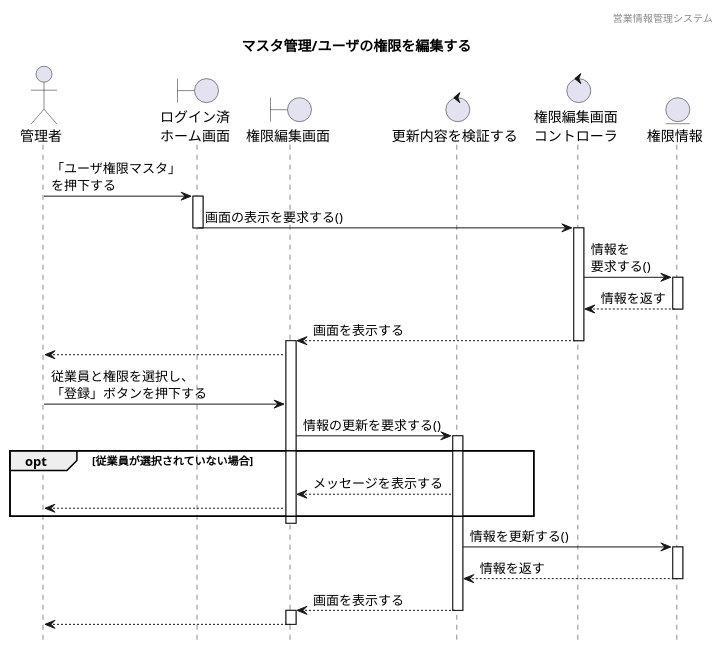
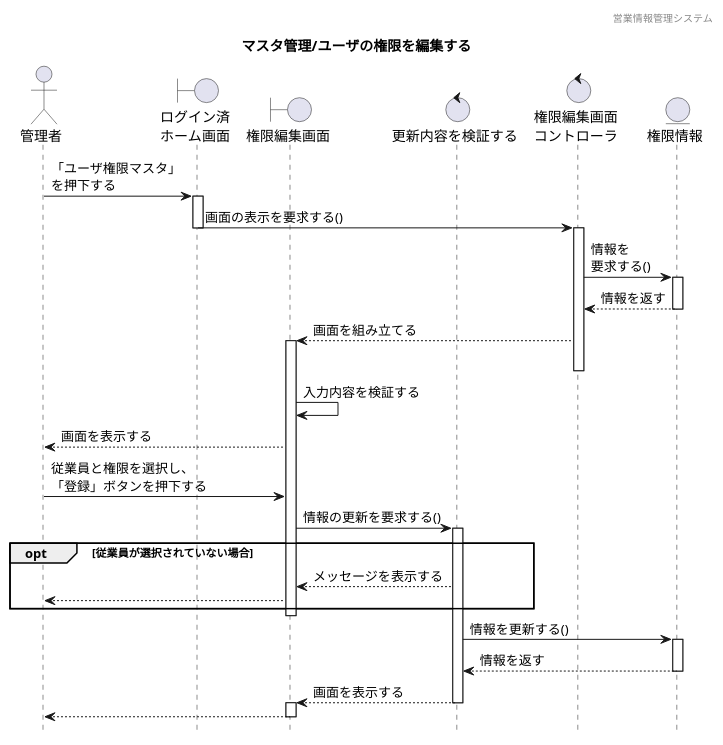
One commit to HaruShim/Sotuken changed the diagram in 各種設計書/4シーケンス図/マスタ管理/3.ユーザ権限マスタ/ユーザ権限編集.wsd. Above: the diagram before and after it, drawn with PlantUML. The commit also changed 3 other files, not shown here.

```diff
--- a/各種設計書/4シーケンス図/マスタ管理/3.ユーザ権限マスタ/ユーザ権限編集.wsd
+++ b/各種設計書/4シーケンス図/マスタ管理/3.ユーザ権限マスタ/ユーザ権限編集.wsd
@@ -1,53 +1,54 @@
 @startuml sequence
 
 hide footbox
 header 営業情報管理システム
 title マスタ管理/ユーザの権限を編集する
 
 ' actor "" as 
 actor "管理者" as a1
 
 ' boundary "" as
 boundary "ログイン済\nホーム画面" as b1
 boundary "権限編集画面" as b2 
 
 ' control "" as
 control "更新内容を検証する" as c2
 control "権限編集画面\nコントローラ" as c4
 
 ' entity "" as
 entity "権限情報" as e1
 
 a1 -> b1:「ユーザ権限マスタ」\nを押下する
 activate b1
 b1 -> c4 : 画面の表示を要求する()
 deactivate b1
 activate c4
 c4 -> e1:情報を\n要求する()
 activate e1
 e1 --> c4:情報を返す
 deactivate e1
 ' c1 
-c4 --> b2:画面を表示する
+c4 --> b2:画面を組み立てる
+activate b2
 deactivate c4
-activate b2
-b2 --> a1
+b2 -> b2:入力内容を検証する
+b2 --> a1 : 画面を表示する
 a1 -> b2:従業員と権限を選択し、\n「登録」ボタンを押下する
 b2 -> c2:情報の更新を要求する()
 activate c2
 opt 従業員が選択されていない場合
 c2 --> b2 : メッセージを表示する
 b2 --> a1
 end
 deactivate b2
 c2 -> e1: 情報を更新する()
 activate e1
 e1 --> c2:情報を返す
 deactivate e1
 c2 --> b2: 画面を表示する
 deactivate c2
 activate b2
 b2 --> a1
 deactivate b2
 
 @enduml
```
